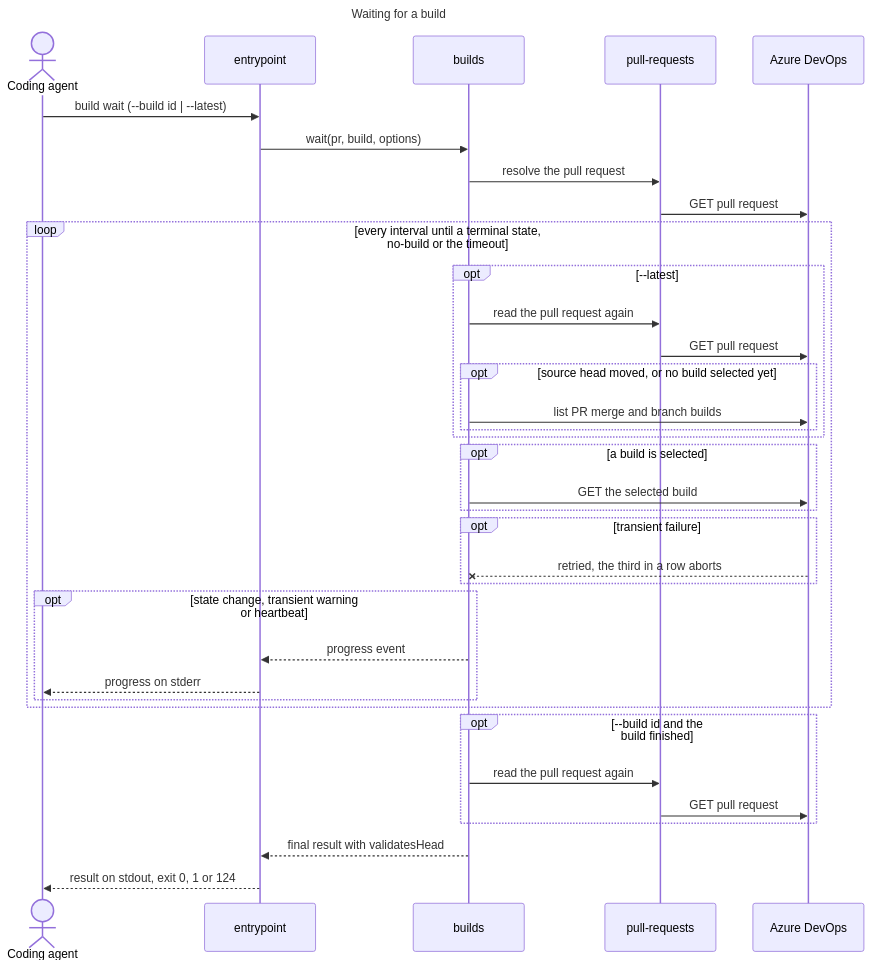
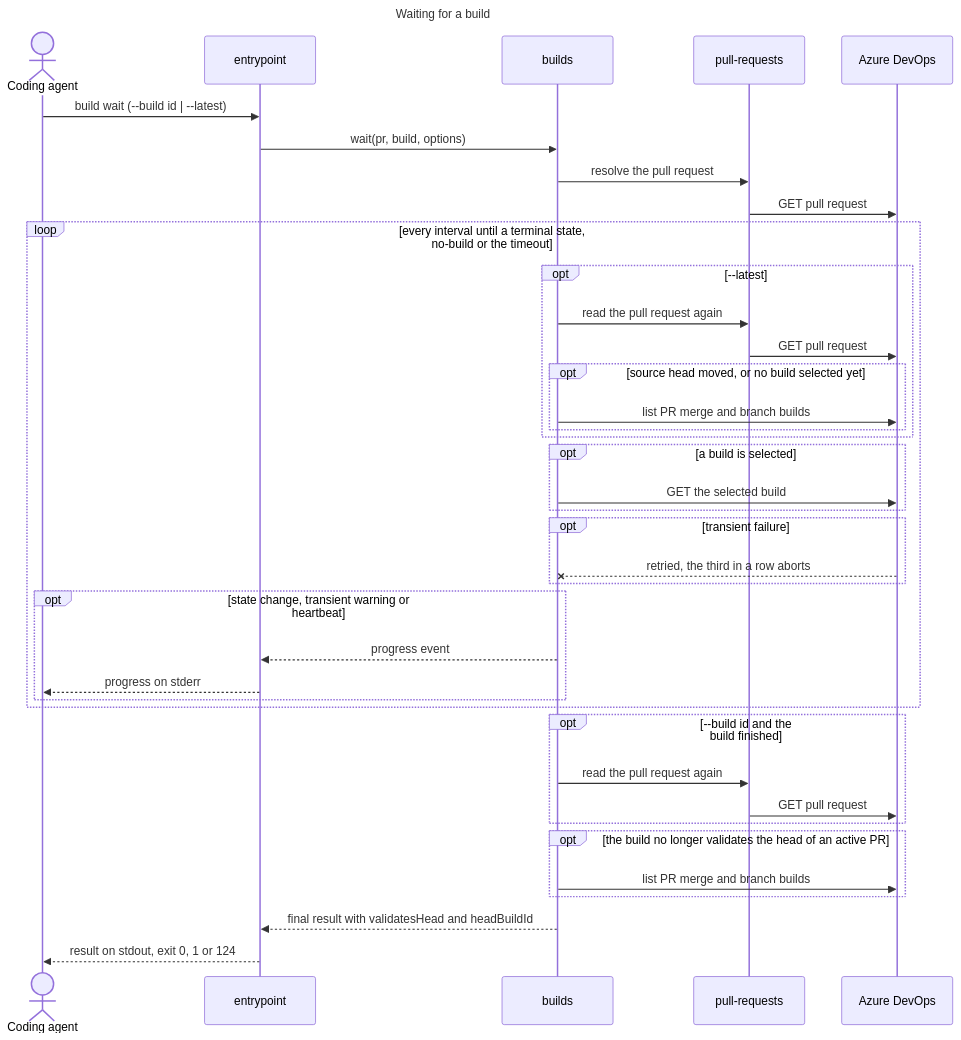
The fifth of 5 diagrams in docs/architecture/architecture.md (remshams/ado-pr), drawn with Mermaid before and after one commit. The commit also changed other lines of this file and 1 other file, not shown here.

Commit message:
docs(Architecture): show the head build lookup at the end of build wait

````diff
--- a/docs/architecture/architecture.md
+++ b/docs/architecture/architecture.md
@@ -200,40 +200,43 @@
 ```mermaid
 ---
 title: Waiting for a build
 ---
 sequenceDiagram
     actor Agent as Coding agent
     participant Entry as entrypoint
     participant Builds as builds
     participant Prs as pull-requests
     participant Azure as Azure DevOps
     Agent->>Entry: build wait (--build id | --latest)
     Entry->>Builds: wait(pr, build, options)
     Builds->>Prs: resolve the pull request
     Prs->>Azure: GET pull request
     loop every interval until a terminal state, no-build or the timeout
         opt --latest
             Builds->>Prs: read the pull request again
             Prs->>Azure: GET pull request
             opt source head moved, or no build selected yet
                 Builds->>Azure: list PR merge and branch builds
             end
         end
         opt a build is selected
             Builds->>Azure: GET the selected build
         end
         opt transient failure
             Azure--xBuilds: retried, the third in a row aborts
         end
         opt state change, transient warning or heartbeat
             Builds-->>Entry: progress event
             Entry-->>Agent: progress on stderr
         end
     end
     opt --build id and the build finished
         Builds->>Prs: read the pull request again
         Prs->>Azure: GET pull request
     end
-    Builds-->>Entry: final result with validatesHead
+    opt the build no longer validates the head of an active PR
+        Builds->>Azure: list PR merge and branch builds
+    end
+    Builds-->>Entry: final result with validatesHead and headBuildId
     Entry-->>Agent: result on stdout, exit 0, 1 or 124
 ```
````
